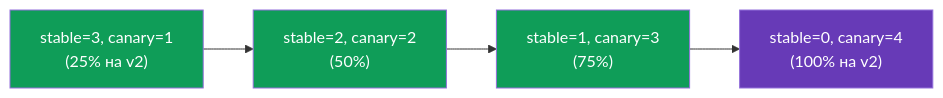
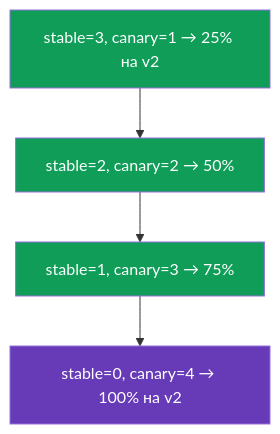
Before and after one commit to ViktorUJ/cks: the fourth of 6 diagrams in tasks/cka/course/09/ru.md, drawn with Mermaid. The commit also changed other lines of this file and 1 other file, not shown here.

````diff
--- a/tasks/cka/course/09/ru.md
+++ b/tasks/cka/course/09/ru.md
@@ -105,8 +105,8 @@
 ```mermaid
-flowchart LR
-    a["stable=3, canary=1<br>(25% на v2)"] --> b["stable=2, canary=2<br>(50%)"] --> c["stable=1, canary=3<br>(75%)"] --> d["stable=0, canary=4<br>(100% на v2)"]
+flowchart TB
+    a["stable=3, canary=1 → 25% на v2"] --> b["stable=2, canary=2 → 50%"] --> c["stable=1, canary=3 → 75%"] --> d["stable=0, canary=4 → 100% на v2"]
     style a fill:#0f9d58,color:#fff
     style b fill:#0f9d58,color:#fff
     style c fill:#0f9d58,color:#fff
     style d fill:#673ab7,color:#fff
 ```
````
